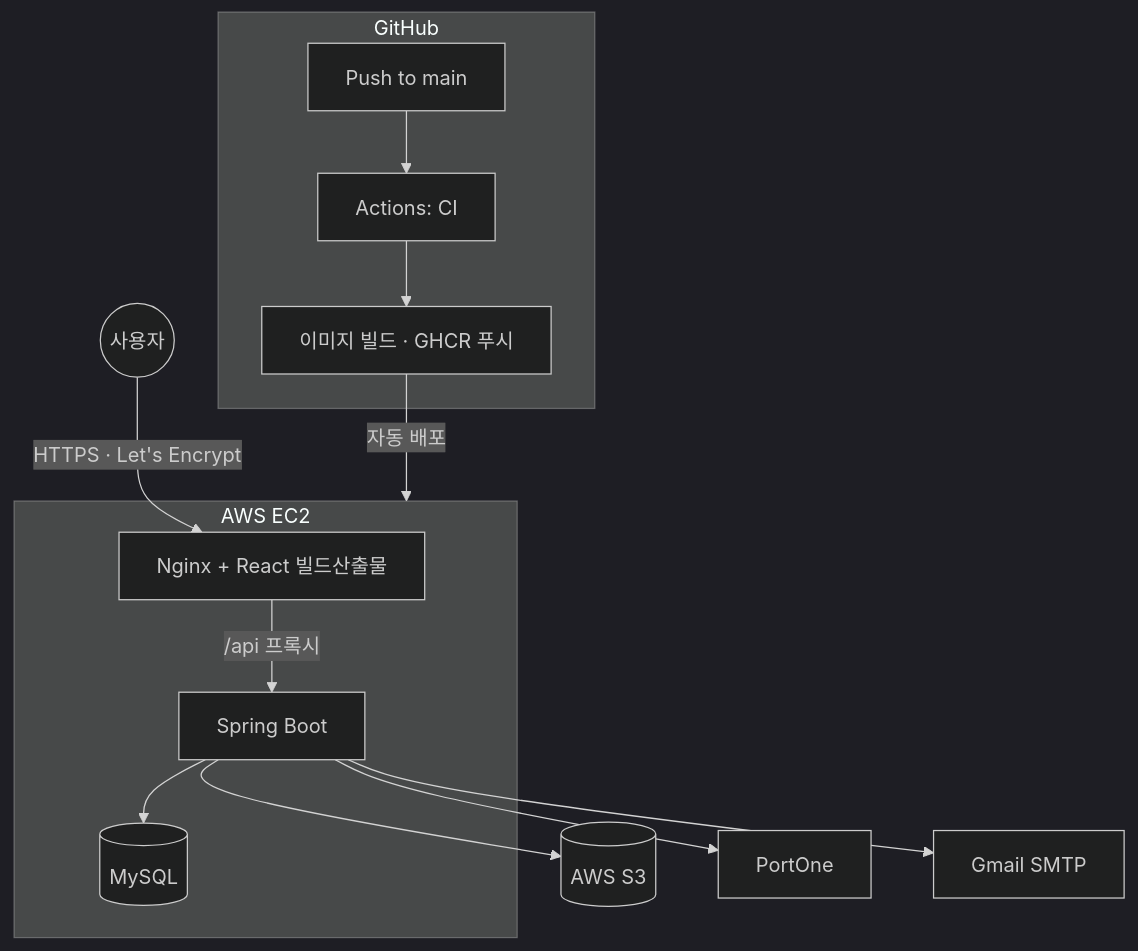
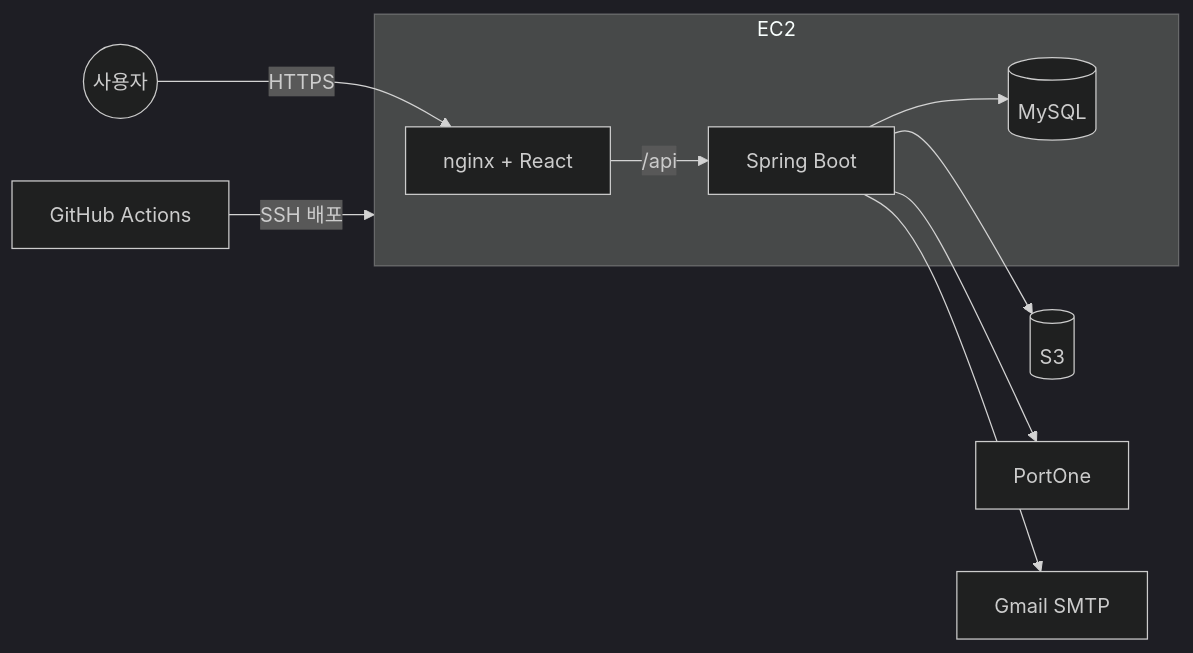
The diagram in README.md (DANIELSUNWOO/prep2gether), drawn with Mermaid (dark theme) before and after one commit. The commit also changed other lines of this file, not shown here.

````diff
--- a/README.md
+++ b/README.md
@@ -102,22 +69,15 @@
 ```mermaid
-flowchart TB
-    U((사용자))
-
-    subgraph GH["GitHub"]
-        A[Push to main] --> B[Actions: CI]
-        B --> C[이미지 빌드 · GHCR 푸시]
-    end
-
-    C -->|자동 배포| EC2
-
-    subgraph EC2["AWS EC2"]
-        F[Nginx + React 빌드산출물]
-        F -->|/api 프록시| G[Spring Boot]
-        G --> H[(MySQL)]
-    end
-
-    U -->|HTTPS · Let's Encrypt| F
-    G --> S3[(AWS S3)]
+flowchart LR
+    U((사용자)) -->|HTTPS| F[nginx + React]
+    F -->|/api| G[Spring Boot]
+    G --> H[(MySQL)]
+    G --> S3[(S3)]
     G --> P[PortOne]
     G --> M[Gmail SMTP]
+    GH[GitHub Actions] -->|SSH 배포| EC2
+    subgraph EC2
+        F
+        G
+        H
+    end
 ```
````
